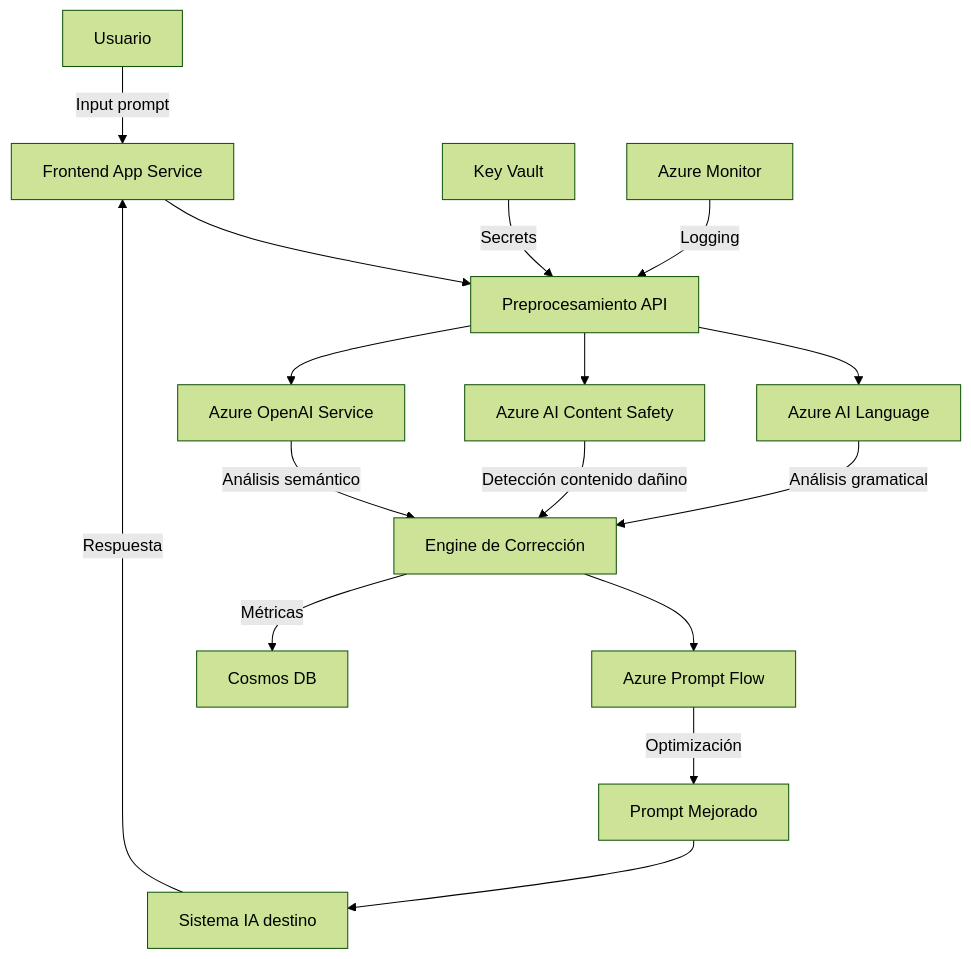
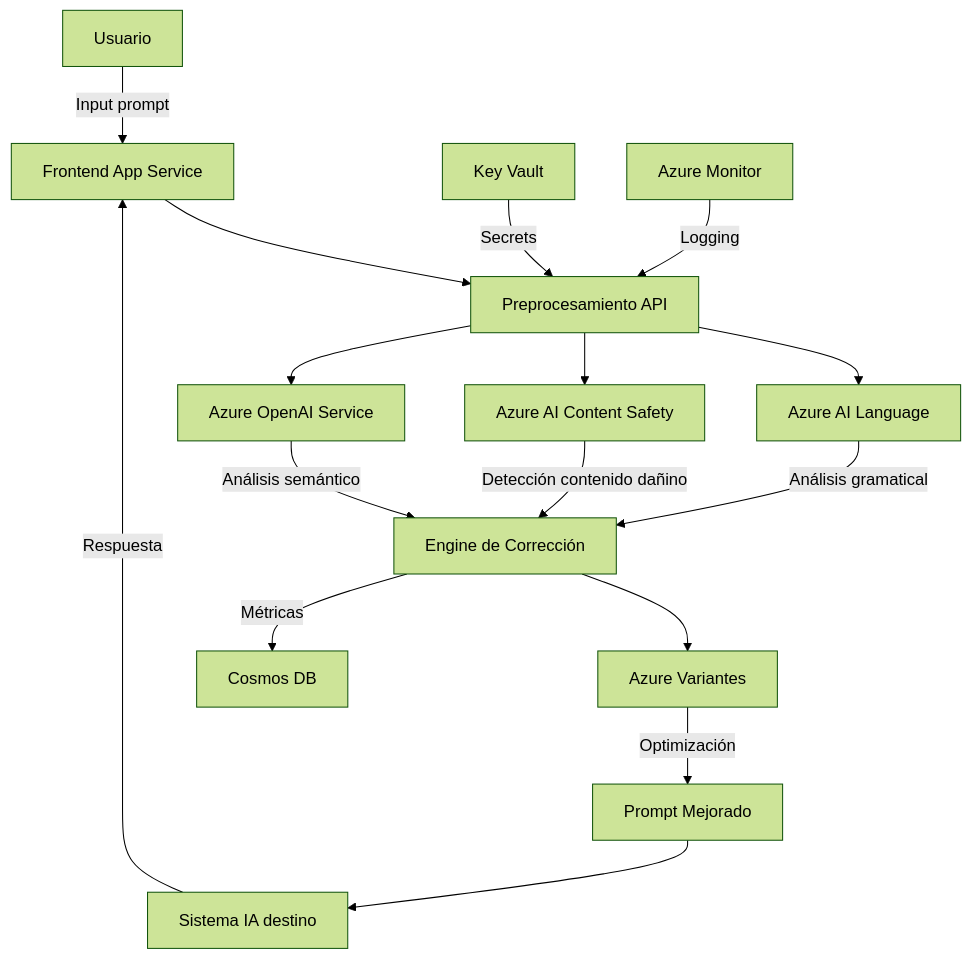
One commit to ai-product-manager/AzurePromptGuardian changed the diagram in README.md. Above: the diagram before and after it, drawn with Mermaid (forest theme). The commit also changed other lines of this file and 2 other files, not shown here.

````diff
--- a/README.md
+++ b/README.md
@@ -17,18 +19,18 @@
 ```mermaid
 flowchart TD
     A[Usuario] -->|Input prompt| B[Frontend App Service]
     B --> C[Preprocesamiento API]
     C --> D[Azure AI Language]
     C --> E[Azure AI Content Safety]
     C --> F[Azure OpenAI Service]
     D -->|Análisis gramatical| G[Engine de Corrección]
     E -->|Detección contenido dañino| G
     F -->|Análisis semántico| G
-    G --> H[Azure Prompt Flow]
+    G --> H[Azure Variantes]
     H -->|Optimización| I[Prompt Mejorado]
     I --> J[Sistema IA destino]
     J -->|Respuesta| B
     G -->|Métricas| K[Cosmos DB]
     L[Key Vault] -->|Secrets| C
     M[Azure Monitor] -->|Logging| C
 ```
````
